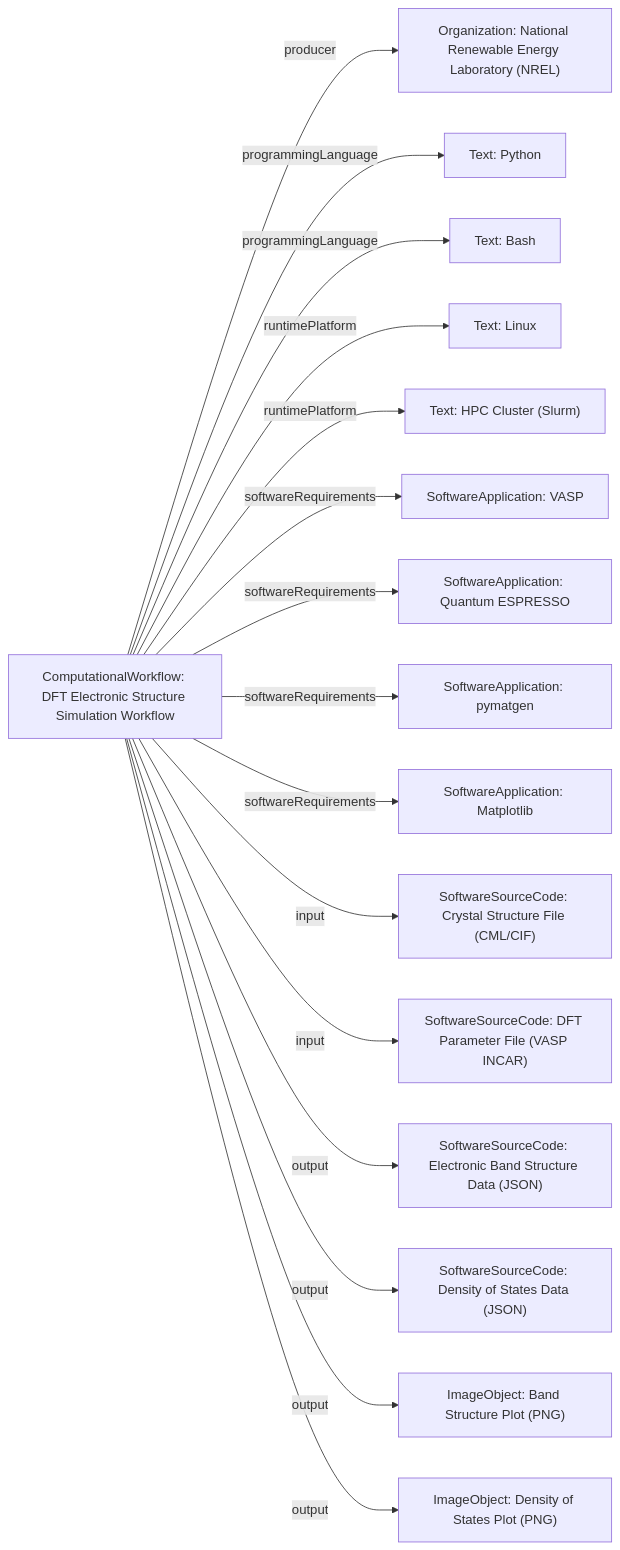
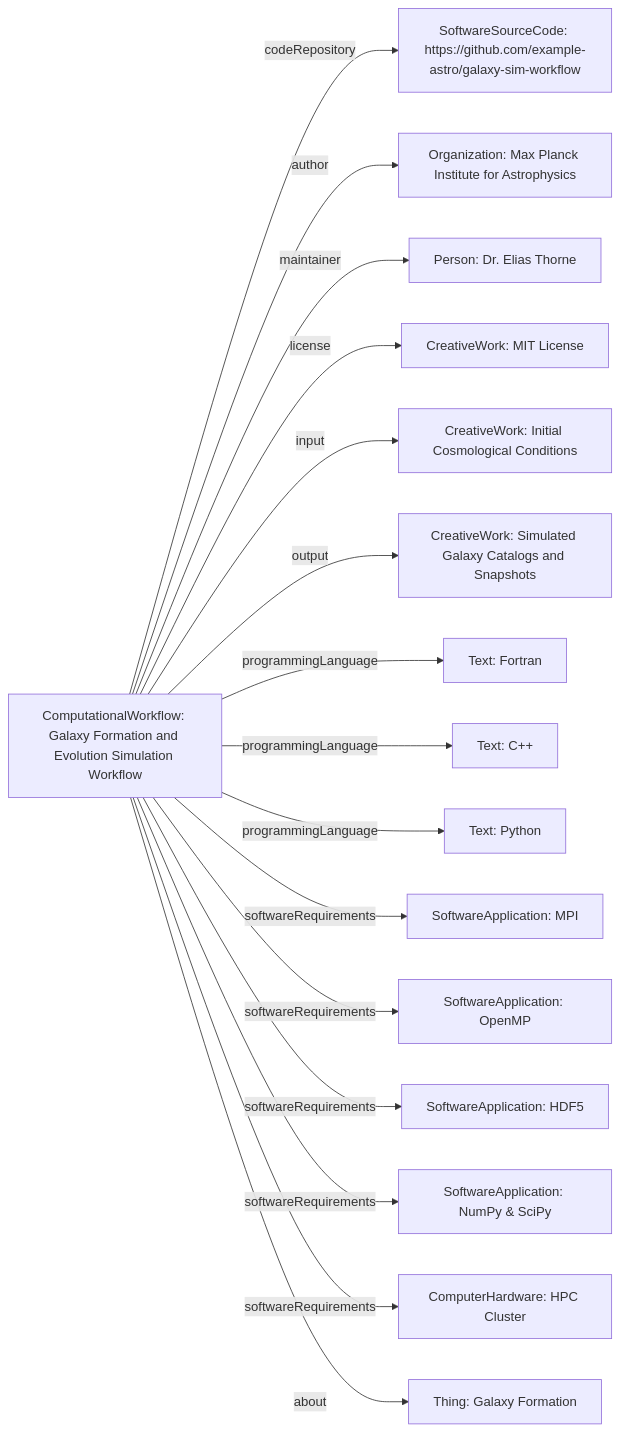
Before and after one commit to schemas-science/schemas-science.github.io: the diagram in docs/guidance/ComputationalWorkflow.md, drawn with Mermaid. The commit also changed other lines of this file and 15 other files, not shown here.

````diff
--- a/docs/guidance/ComputationalWorkflow.md
+++ b/docs/guidance/ComputationalWorkflow.md
@@ -105,42 +106,36 @@
 ```mermaid
 graph LR
-ComputationalWorkflow_DFT["ComputationalWorkflow: DFT Electronic Structure Simulation Workflow"]
+ComputationalWorkflow_GalaxySim["ComputationalWorkflow: Galaxy Formation and Evolution Simulation Workflow"]
 
-Organization_NREL["Organization: National Renewable Energy Laboratory (NREL)"]
+SoftwareSourceCode_Repo["SoftwareSourceCode: https://github.com/example-astro/galaxy-sim-workflow"]
+Organization_MPIA["Organization: Max Planck Institute for Astrophysics"]
+Person_EThorne["Person: Dr. Elias Thorne"]
+CreativeWork_License["CreativeWork: MIT License"]
+Thing_Input["CreativeWork: Initial Cosmological Conditions"]
+Thing_Output["CreativeWork: Simulated Galaxy Catalogs and Snapshots"]
+Text_Fortran["Text: Fortran"]
+Text_Cplusplus["Text: C++"]
 Text_Python["Text: Python"]
-Text_Bash["Text: Bash"]
-Text_Linux["Text: Linux"]
-Text_HPC["Text: HPC Cluster (Slurm)"]
+SoftwareApplication_MPI["SoftwareApplication: MPI"]
+SoftwareApplication_OpenMP["SoftwareApplication: OpenMP"]
+SoftwareApplication_HDF5["SoftwareApplication: HDF5"]
+SoftwareApplication_NumPySciPy["SoftwareApplication: NumPy & SciPy"]
+ComputerHardware_HPC["ComputerHardware: HPC Cluster"]
+Thing_GalaxyFormation["Thing: Galaxy Formation"]
 
-SoftwareApplication_VASP["SoftwareApplication: VASP"]
-SoftwareApplication_QE["SoftwareApplication: Quantum ESPRESSO"]
-SoftwareApplication_pymatgen["SoftwareApplication: pymatgen"]
-SoftwareApplication_Matplotlib["SoftwareApplication: Matplotlib"]
-
-Input_CrystalStructure["SoftwareSourceCode: Crystal Structure File (CML/CIF)"]
-Input_DFTParams["SoftwareSourceCode: DFT Parameter File (VASP INCAR)"]
-
-Output_BandData["SoftwareSourceCode: Electronic Band Structure Data (JSON)"]
-Output_DOSData["SoftwareSourceCode: Density of States Data (JSON)"]
-Output_BandPlot["ImageObject: Band Structure Plot (PNG)"]
-Output_DOSPlot["ImageObject: Density of States Plot (PNG)"]
-
-ComputationalWorkflow_DFT -->|producer| Organization_NREL
-ComputationalWorkflow_DFT -->|programmingLanguage| Text_Python
-ComputationalWorkflow_DFT -->|programmingLanguage| Text_Bash
-ComputationalWorkflow_DFT -->|runtimePlatform| Text_Linux
-ComputationalWorkflow_DFT -->|runtimePlatform| Text_HPC
-
-ComputationalWorkflow_DFT -->|softwareRequirements| SoftwareApplication_VASP
-ComputationalWorkflow_DFT -->|softwareRequirements| SoftwareApplication_QE
-ComputationalWorkflow_DFT -->|softwareRequirements| SoftwareApplication_pymatgen
-ComputationalWorkflow_DFT -->|softwareRequirements| SoftwareApplication_Matplotlib
-
-ComputationalWorkflow_DFT -->|input| Input_CrystalStructure
-ComputationalWorkflow_DFT -->|input| Input_DFTParams
-
-ComputationalWorkflow_DFT -->|output| Output_BandData
-ComputationalWorkflow_DFT -->|output| Output_DOSData
-ComputationalWorkflow_DFT -->|output| Output_BandPlot
-ComputationalWorkflow_DFT -->|output| Output_DOSPlot
+ComputationalWorkflow_GalaxySim -->|codeRepository| SoftwareSourceCode_Repo
+ComputationalWorkflow_GalaxySim -->|author| Organization_MPIA
+ComputationalWorkflow_GalaxySim -->|maintainer| Person_EThorne
+ComputationalWorkflow_GalaxySim -->|license| CreativeWork_License
+ComputationalWorkflow_GalaxySim -->|input| Thing_Input
+ComputationalWorkflow_GalaxySim -->|output| Thing_Output
+ComputationalWorkflow_GalaxySim -->|programmingLanguage| Text_Fortran
+ComputationalWorkflow_GalaxySim -->|programmingLanguage| Text_Cplusplus
+ComputationalWorkflow_GalaxySim -->|programmingLanguage| Text_Python
+ComputationalWorkflow_GalaxySim -->|softwareRequirements| SoftwareApplication_MPI
+ComputationalWorkflow_GalaxySim -->|softwareRequirements| SoftwareApplication_OpenMP
+ComputationalWorkflow_GalaxySim -->|softwareRequirements| SoftwareApplication_HDF5
+ComputationalWorkflow_GalaxySim -->|softwareRequirements| SoftwareApplication_NumPySciPy
+ComputationalWorkflow_GalaxySim -->|softwareRequirements| ComputerHardware_HPC
+ComputationalWorkflow_GalaxySim -->|about| Thing_GalaxyFormation
 ```
````
